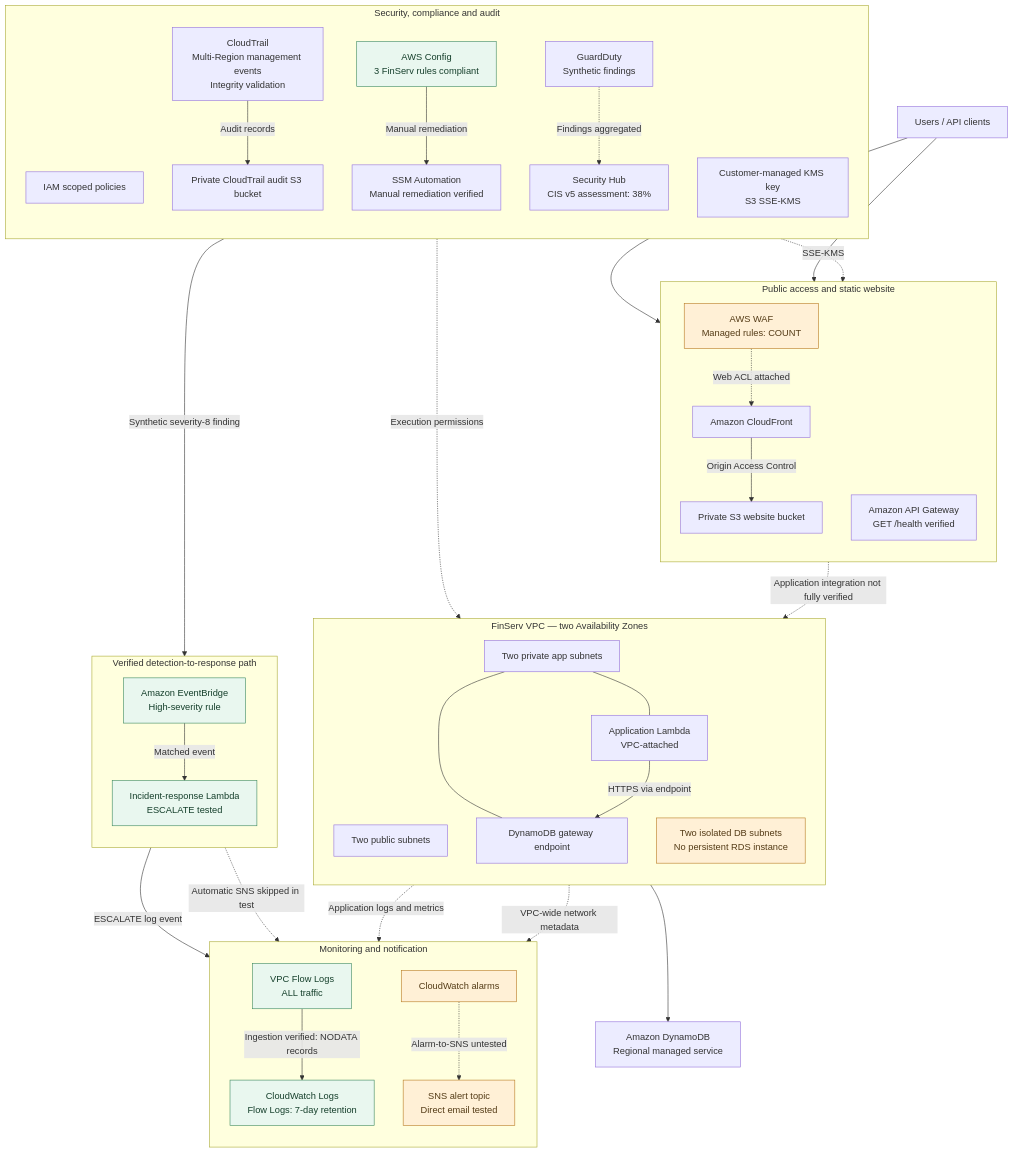
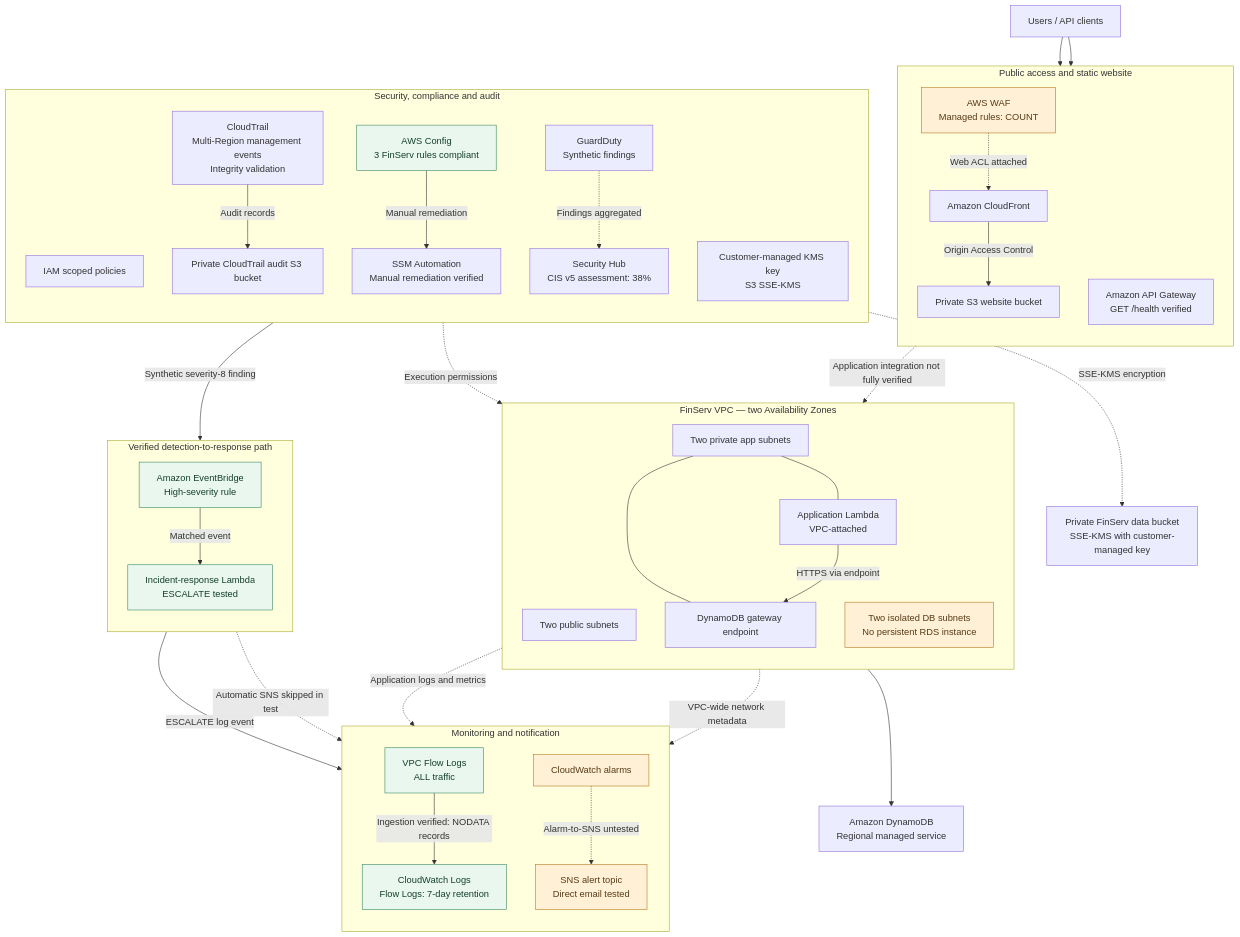
The diagram in architecture/architecture.md (Helmeyru/finserv-aws-security-architecture), drawn with Mermaid before and after one commit. The commit also changed 4 other files, not shown here.

````diff
--- a/architecture/architecture.md
+++ b/architecture/architecture.md
@@ -5,77 +5,78 @@
 ```mermaid
 flowchart TB
     U["Users / API clients"]
 
     subgraph Edge["Public access and static website"]
         direction TB
         WAF["AWS WAF<br/>Managed rules: COUNT"]
         CF["Amazon CloudFront"]
         S3["Private S3 website bucket"]
         API["Amazon API Gateway<br/>GET /health verified"]
         WAF -. "Web ACL attached" .-> CF
         CF -->|"Origin Access Control"| S3
     end
 
     subgraph VPC["FinServ VPC — two Availability Zones"]
         direction TB
         PUB["Two public subnets"]
         APP["Two private app subnets"]
         DB["Two isolated DB subnets<br/>No persistent RDS instance"]
         L["Application Lambda<br/>VPC-attached"]
         EP["DynamoDB gateway endpoint"]
         APP --- L
         APP --- EP
         L -->|"HTTPS via endpoint"| EP
     end
 
     DDB["Amazon DynamoDB<br/>Regional managed service"]
 
     subgraph Govern["Security, compliance and audit"]
         direction TB
         IAM["IAM scoped policies"]
         KMS["Customer-managed KMS key<br/>S3 SSE-KMS"]
         CT["CloudTrail<br/>Multi-Region management events<br/>Integrity validation"]
         AUDIT["Private CloudTrail audit S3 bucket"]
         CT -->|"Audit records"| AUDIT
         CONFIG["AWS Config<br/>3 FinServ rules compliant"]
         SSM["SSM Automation<br/>Manual remediation verified"]
         GD["GuardDuty<br/>Synthetic findings"]
         SH["Security Hub<br/>CIS v5 assessment: 38%"]
         CONFIG -->|"Manual remediation"| SSM
         GD -. "Findings aggregated" .-> SH
     end
 
     subgraph Response["Verified detection-to-response path"]
         direction TB
         EB["Amazon EventBridge<br/>High-severity rule"]
         IR["Incident-response Lambda<br/>ESCALATE tested"]
         EB -->|"Matched event"| IR
     end
 
     subgraph Observe["Monitoring and notification"]
         direction TB
         FLOW["VPC Flow Logs<br/>ALL traffic"]
         LOGS["CloudWatch Logs<br/>Flow Logs: 7-day retention"]
         ALARM["CloudWatch alarms"]
         SNS["SNS alert topic<br/>Direct email tested"]
         FLOW -->|"Ingestion verified: NODATA records"| LOGS
         ALARM -. "Alarm-to-SNS untested" .-> SNS
     end
 
     U --> CF
     U --> API
     API -.->|"Application integration not fully verified"| L
     EP --> DDB
     GD -->|"Synthetic severity-8 finding"| EB
     IR -->|"ESCALATE log event"| LOGS
     IR -. "Automatic SNS skipped in test" .-> SNS
     VPC -. "VPC-wide network metadata" .-> FLOW
     L -. "Application logs and metrics" .-> LOGS
     IAM -. "Execution permissions" .-> L
-    KMS -. "SSE-KMS" .-> S3
+    DATA_S3["Private FinServ data bucket<br/>SSE-KMS with customer-managed key"]
+    KMS -. "SSE-KMS encryption" .-> DATA_S3
 
     classDef limited fill:#fff0d6,stroke:#b7791f,color:#543b16
     classDef verified fill:#e9f7ef,stroke:#39875e,color:#153f2b
     class WAF,DB,SNS,ALARM limited
     class EB,IR,FLOW,LOGS,CONFIG verified
 ```
````
